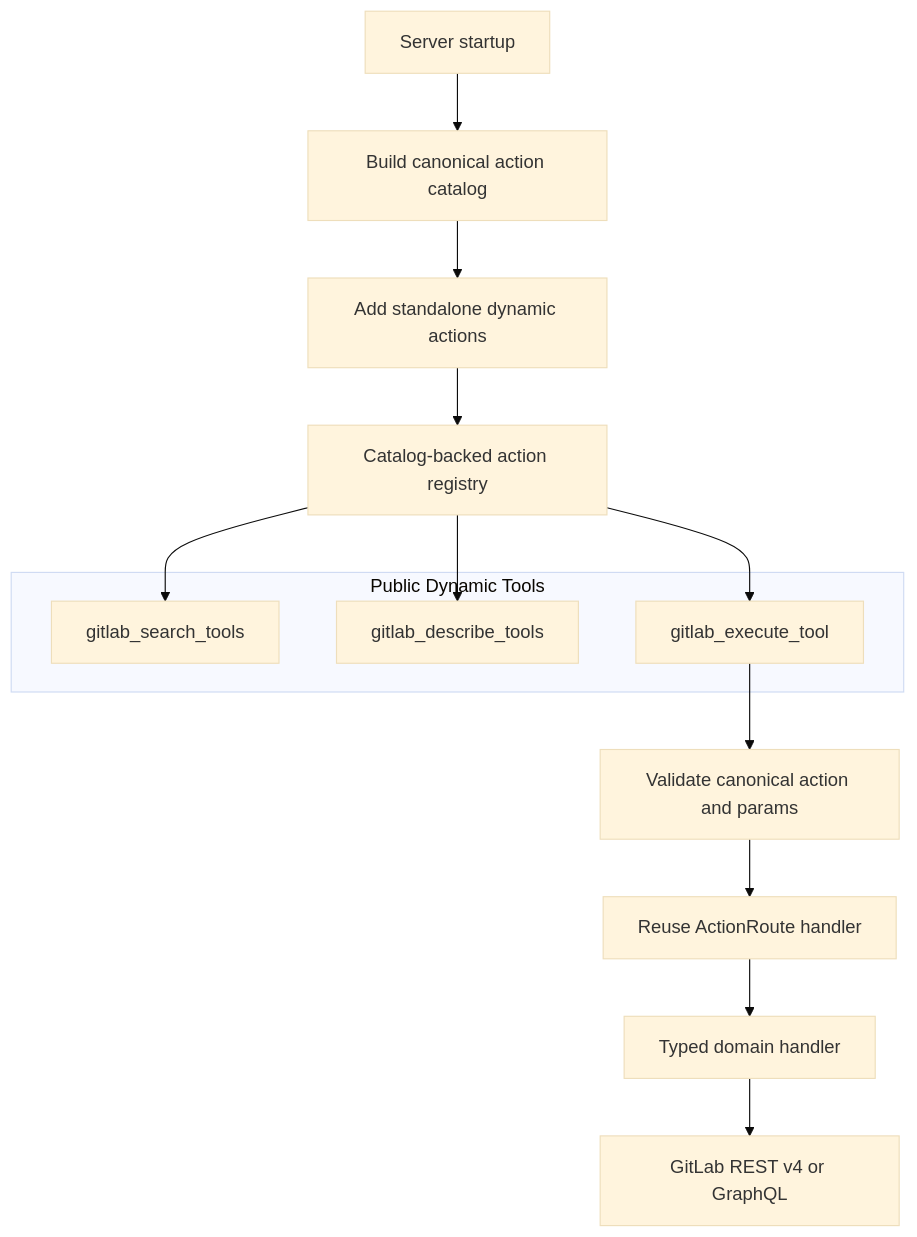
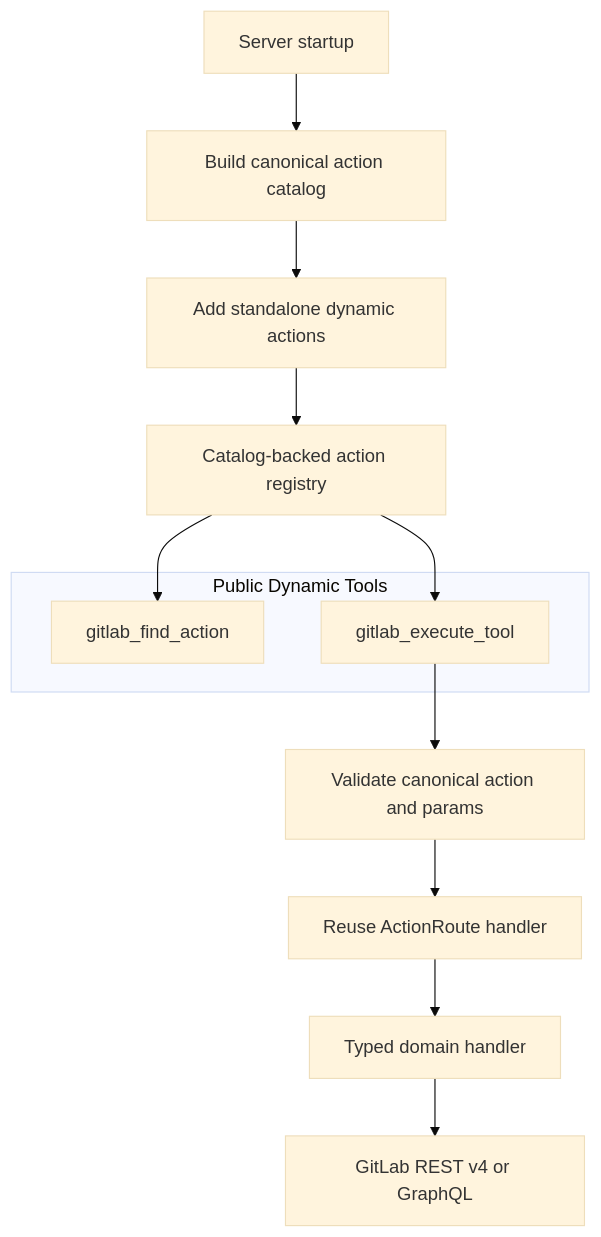
The fifth of 11 diagrams in docs/architecture.md (jmrplens/gitlab-mcp-server), drawn with Mermaid (base theme) before and after one commit. The commit also changed other lines of this file and 179 other files, not shown here.

````diff
--- a/docs/architecture.md
+++ b/docs/architecture.md
@@ -307,20 +307,18 @@
 ```mermaid
 flowchart TD
     START[Server startup] --> CATALOG[Build canonical action catalog]
     CATALOG --> STANDALONE[Add standalone dynamic actions]
     STANDALONE --> REGISTRY[Catalog-backed action registry]
 
     subgraph Public Dynamic Tools
-        SEARCH[gitlab_search_tools]
-        DESCRIBE[gitlab_describe_tools]
+        FIND[gitlab_find_action]
         EXECUTE[gitlab_execute_tool]
     end
 
-    REGISTRY --> SEARCH
-    REGISTRY --> DESCRIBE
+    REGISTRY --> FIND
     REGISTRY --> EXECUTE
     EXECUTE --> VALIDATE[Validate canonical action and params]
     VALIDATE --> ROUTE[Reuse ActionRoute handler]
     ROUTE --> HANDLER[Typed domain handler]
     HANDLER --> GITLAB[GitLab REST v4 or GraphQL]
 ```
````
